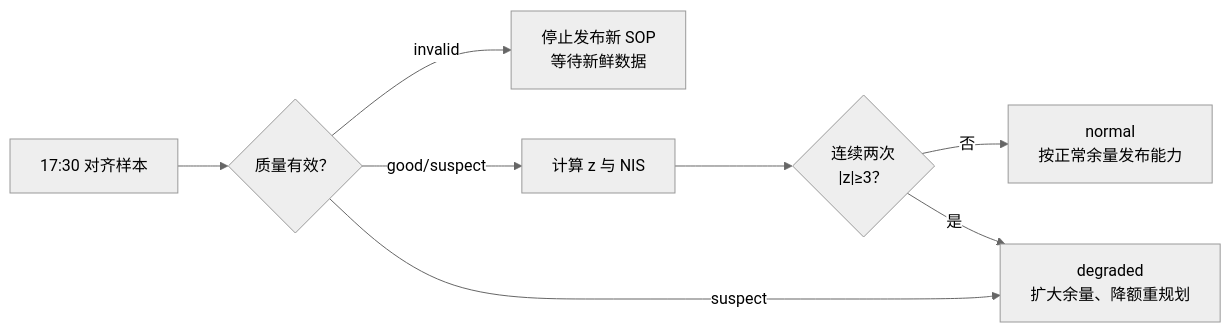
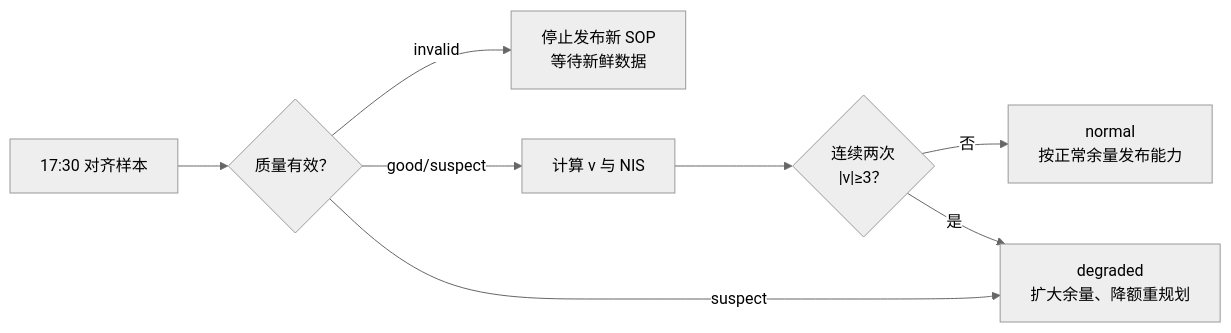
The diagram in public/collections/bess-soc-advanced-plus/15_在线诊断与可信度降级.md (ontitaner/ontitaner.github.io), drawn with Mermaid (neutral theme) before and after one commit. The commit also changed other lines of this file and 25 other files, not shown here.

````diff
--- a/public/collections/bess-soc-advanced-plus/15_在线诊断与可信度降级.md
+++ b/public/collections/bess-soc-advanced-plus/15_在线诊断与可信度降级.md
@@ -31,10 +31,10 @@
 ```mermaid
 flowchart LR
     SAMPLE["17:30 对齐样本"] --> CHECK{"质量有效？"}
     CHECK -- "invalid" --> STOP["停止发布新 SOP\n等待新鲜数据"]
-    CHECK -- "good/suspect" --> NIS["计算 z 与 NIS"]
-    NIS --> COUNT{"连续两次\n|z|≥3？"}
+    CHECK -- "good/suspect" --> NIS["计算 ν 与 NIS"]
+    NIS --> COUNT{"连续两次\n|ν|≥3？"}
     COUNT -- "否" --> NORMAL["normal\n按正常余量发布能力"]
     COUNT -- "是" --> DEGRADED["degraded\n扩大余量、降额重规划"]
     CHECK -- "suspect" --> DEGRADED
 ```
````
